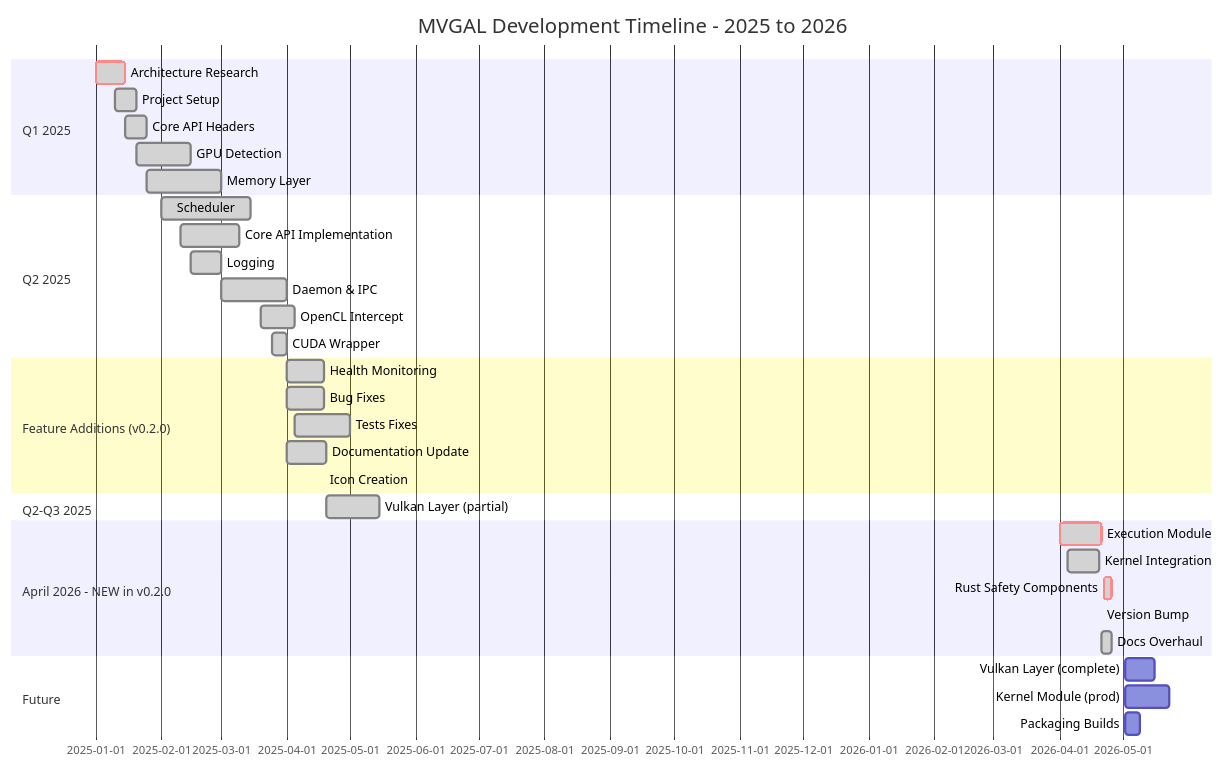
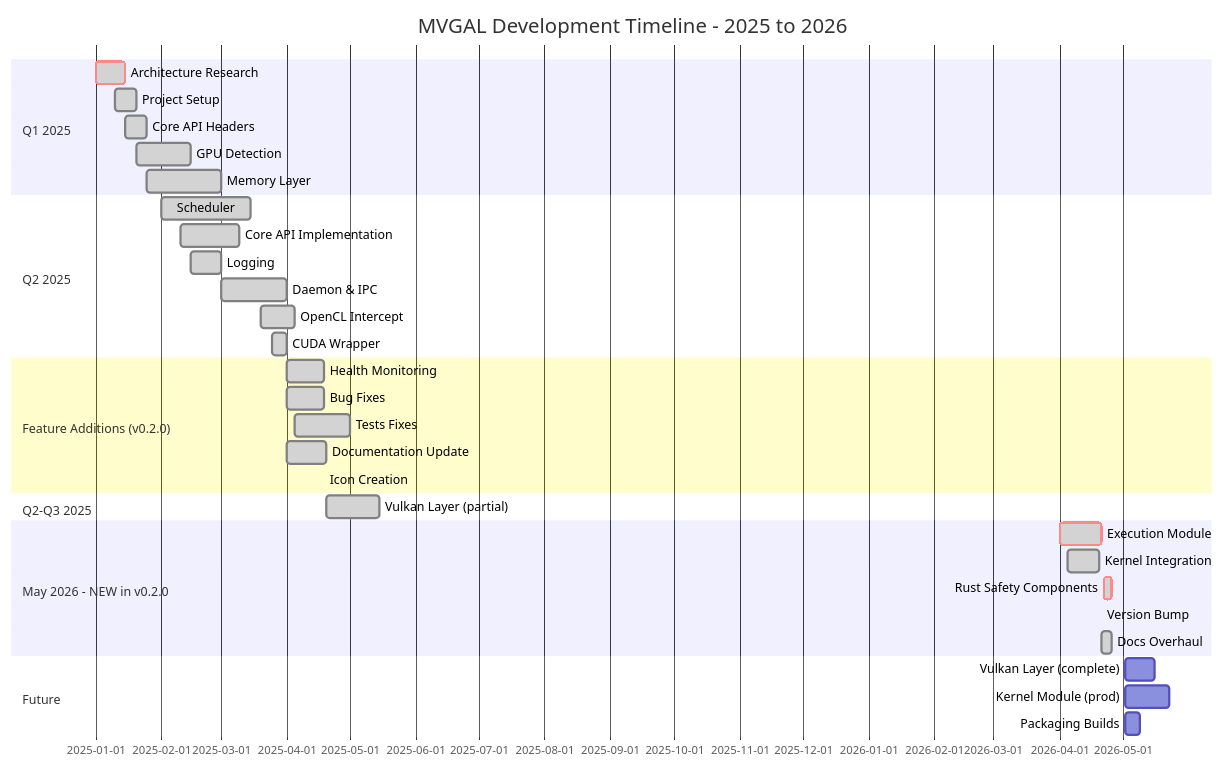
One commit to TheCreateGM/mvgal changed the first of 6 diagrams in docs/CHANGES_2025.md. Above: the diagram before and after it, drawn with Mermaid. The commit also changed other lines of this file and 49 other files, not shown here.

````diff
--- a/docs/CHANGES_2025.md
+++ b/docs/CHANGES_2025.md
@@ -17,42 +17,42 @@
 ```mermaid
 gantt
     title MVGAL Development Timeline - 2025 to 2026
     dateFormat  YYYY-MM-DD
     
     section Q1 2025
     Architecture Research      :done, crit, 2025-01-01, 2025-01-15
     Project Setup             :done, high, 2025-01-10, 2025-01-20
     Core API Headers          :done, high, 2025-01-15, 2025-01-25
     GPU Detection             :done, high, 2025-01-20, 2025-02-15
     Memory Layer              :done, high, 2025-01-25, 2025-03-01
     
     section Q2 2025
     Scheduler                 :done, high, 2025-02-01, 2025-03-15
     Core API Implementation   :done, high, 2025-02-10, 2025-03-10
     Logging                  :done, high, 2025-02-15, 2025-03-01
     Daemon & IPC             :done, high, 2025-03-01, 2025-04-01
     OpenCL Intercept         :done, high, 2025-03-20, 2025-04-05
     CUDA Wrapper             :done, high, 2025-03-25, 2025-04-01
     
     section Feature Additions (v0.2.0)
     Health Monitoring        :done, high, 2025-04-01, 2025-04-19
     Bug Fixes                :done, high, 2025-04-01, 2025-04-19
     Tests Fixes              :done, high, 2025-04-05, 2025-05-01
     Documentation Update      :done, med, 2025-04-01, 2025-04-20
     Icon Creation            :done, med, 2025-04-19, 2025-04-19
     
     section Q2-Q3 2025
     Vulkan Layer (partial)   :done, med, 2025-04-20, 2025-05-15
     
-    section April 2026 - NEW in v0.2.0
+    section May 2026 - NEW in v0.2.0
     Execution Module         :done, crit, 2026-04-01, 2026-04-21
     Kernel Integration       :done, high, 2026-04-05, 2026-04-20
     Rust Safety Components   :done, crit, 2026-04-22, 2026-04-26
     Version Bump             :done, med, 2026-04-21, 2026-04-21
     Docs Overhaul            :done, med, 2026-04-21, 2026-04-26
     
     section Future
     Vulkan Layer (complete)  :      high, after 2026-04-21, 14d
     Kernel Module (prod)     :      low, after 2026-06-01, 21d
     Packaging Builds         :      med, after 2026-05-01, 7d
 ```
````
